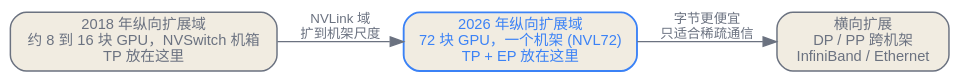
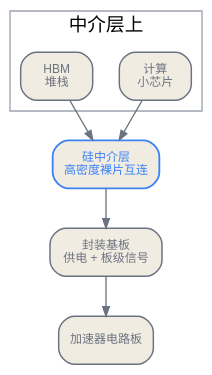
Before and after one commit to latere-ai/ai-as-an-infrastructure: the second of 4 diagrams in zh/infrastructure/05-the-compute-frontier.qmd, drawn with Graphviz. The commit also changed other lines of this file and 3 other files, not shown here.

Commit message:
docs: rewrite Chinese compute frontier chapter

````diff
--- a/zh/infrastructure/05-the-compute-frontier.qmd
+++ b/zh/infrastructure/05-the-compute-frontier.qmd
@@ -50,17 +75,27 @@
 ```{dot}
-//| label: fig-compute-frontier-domain
-//| fig-cap: "@sec-accelerators-networking 钉在节点上的 scale-up 域已扩到机架。最吃带宽的并行轴如今能在一个一致性互连内跨 72 块加速器，而此前只跨约 8 块；越过域的边缘，只有稀疏通信才付得起更慢的互连。"
-digraph scaleup {
-  rankdir=LR;
+//| label: fig-compute-frontier-package
+//| fig-cap: "内存边界由多个物理层共同构成。中介层连接计算小芯片与 HBM 堆栈，封装基板再把整个组件连接到电路板。"
+digraph package {
+  rankdir=TB;
   bgcolor="transparent";
-  node [shape=box, style="rounded,filled", fontname="Helvetica", fontsize=11, color="#6b7280", fontcolor="#6b7280", fillcolor="#f1ece1", penwidth=1.1];
-  edge [fontname="Helvetica", fontsize=10, color="#6b7280", fontcolor="#6b7280"];
+  graph [nodesep=0.28, ranksep=0.42];
+  node [shape=box, style="rounded,filled", fontname="Helvetica", fontsize=9,
+        color="#6b7280", fontcolor="#6b7280", fillcolor="#f1ece1", penwidth=1.1];
+  edge [color="#6b7280", arrowsize=0.7];
 
-  old [label="2018 年纵向扩展域\n约 8 到 16 块 GPU，NVSwitch 机箱\nTP 放在这里"];
-  new [label="2026 年纵向扩展域\n72 块 GPU，一个机架 (NVL72)\nTP + EP 放在这里", color="#3b82f6", fontcolor="#3b82f6", penwidth=1.4];
-  out [label="横向扩展\nDP / PP 跨机架\nInfiniBand / Ethernet"];
+  subgraph cluster_top {
+    label="中介层上";
+    color="#9ca3af";
+    compute [label="计算\n小芯片"];
+    hbm [label="HBM\n堆栈"];
+  }
+  interposer [label="硅中介层\n高密度裸片互连",
+              color="#3b82f6", fontcolor="#3b82f6", penwidth=1.4];
+  substrate [label="封装基板\n供电 + 板级信号"];
+  board [label="加速器电路板"];
 
-  old -> new [label="NVLink 域\n扩到机架尺度"];
-  new -> out [label="字节更便宜\n只适合稀疏通信"];
+  compute -> interposer;
+  hbm -> interposer;
+  interposer -> substrate -> board;
 }
 ```
````
